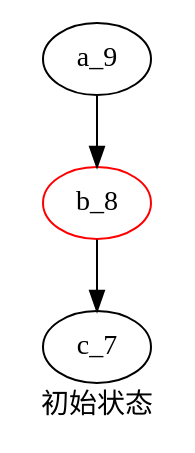
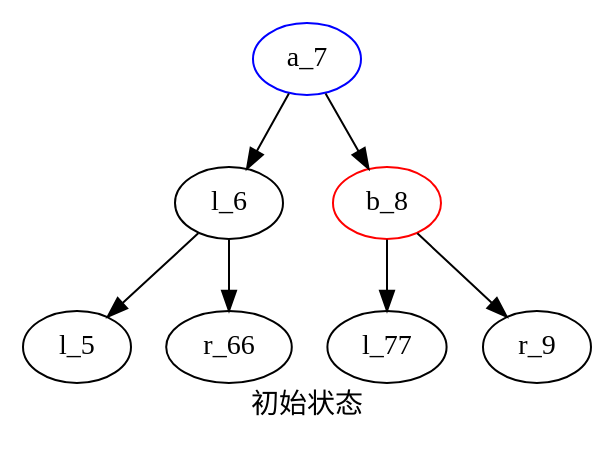
One commit to UACurry/dsk changed the first of 3 diagrams in struct/tree/理解.md. Above: the diagram before and after it, drawn with Graphviz. The commit also changed other lines of this file and 1 other file, not shown here.

````diff
--- a/struct/tree/理解.md
+++ b/struct/tree/理解.md
@@ -7,7 +7,12 @@
 ```graphviz
 digraph{
     label="初始状态"
+    l_6;l_77;
+    a_7[color=blue]
     b_8[color=red]
-    a_9->b_8->c_7;
+    a_7->l_6->l_5
+    a_7->b_8->r_9
+    b_8->l_77
+    l_6->r_66
 }
 ```
````
